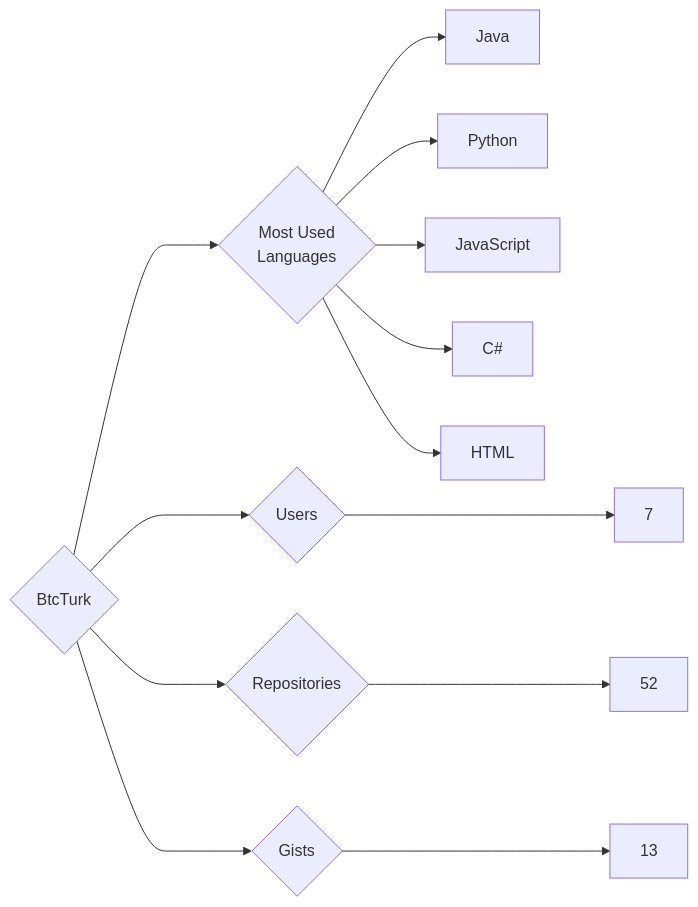
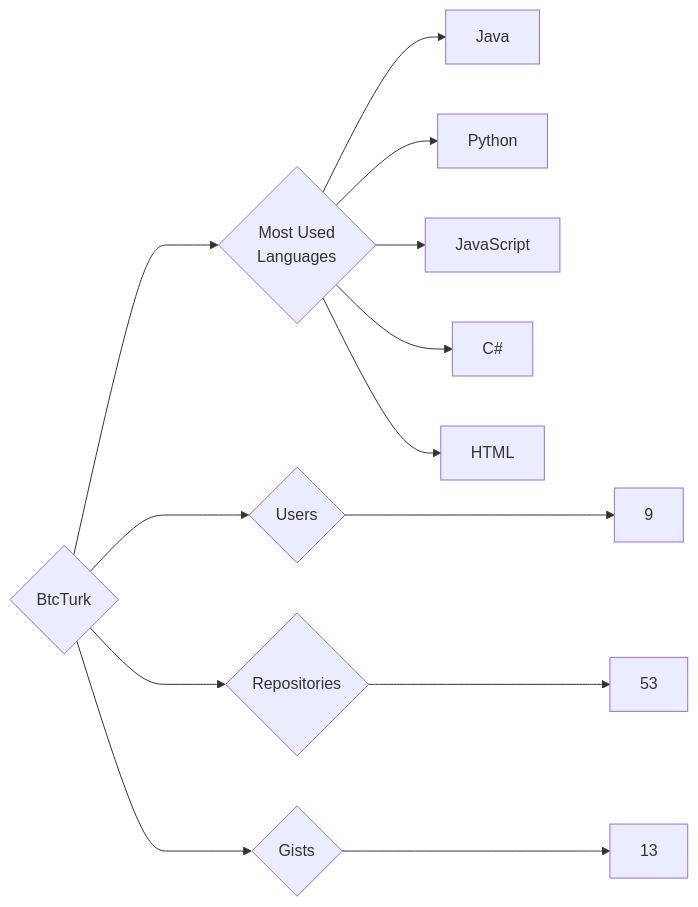
One commit to trickest/insiders changed the diagram in targets/BtcTurk/README.md. Above: the diagram before and after it, drawn with Mermaid. The commit also changed 859 other files, not shown here.

````diff
--- a/targets/BtcTurk/README.md
+++ b/targets/BtcTurk/README.md
@@ -3,13 +3,13 @@
 ```mermaid
 graph LR
 COMPANY_NAME{BtcTurk}
-COMPANY_NAME ---> U{Users} ---> UN[7]
-COMPANY_NAME ---> R{Repositories} ---> RN[52]
+COMPANY_NAME ---> U{Users} ---> UN[9]
+COMPANY_NAME ---> R{Repositories} ---> RN[53]
 COMPANY_NAME ---> G{Gists} ---> GN[13]
 COMPANY_NAME ---> ML{Most Used<br>Languages}
 ML --> Java[Java]
 ML --> Python[Python]
 ML --> JavaScript[JavaScript]
 ML --> C#[C#]
 ML --> HTML[HTML]
 ```
````
